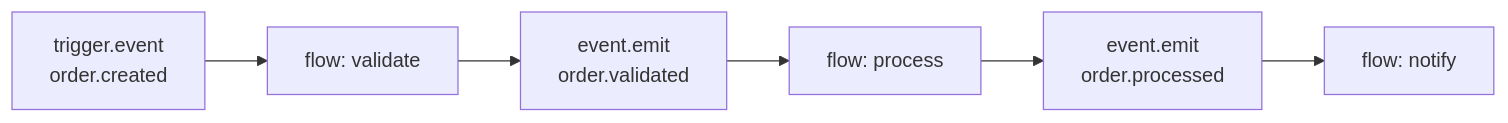
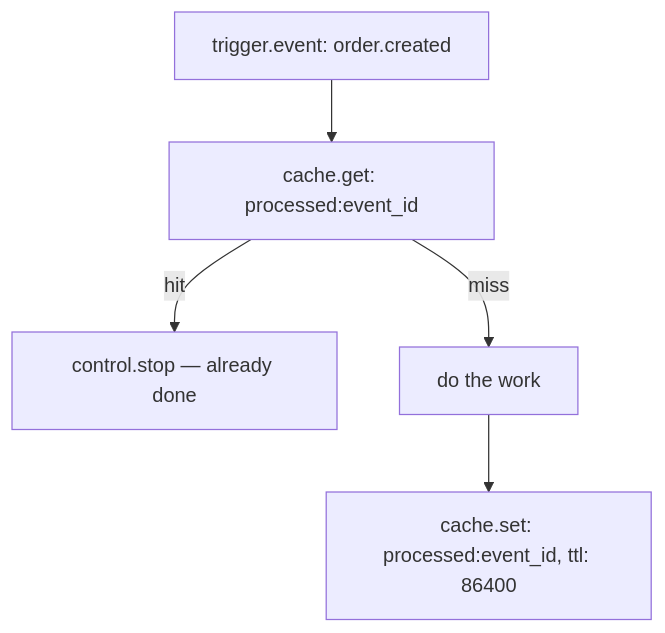
The second of 2 diagrams in apps/docs/events/overview.mdx (sillohq/pawabase), drawn with Mermaid before and after one commit. The commit also changed other lines of this file and 26 other files, not shown here.

````diff
--- a/apps/docs/events/overview.mdx
+++ b/apps/docs/events/overview.mdx
@@ -170,8 +165,7 @@
 ```mermaid
-flowchart LR
-    A["trigger.event<br/>order.created"] --> B["flow: validate"]
-    B --> C["event.emit<br/>order.validated"]
-    C --> D["flow: process"]
-    D --> E["event.emit<br/>order.processed"]
-    E --> F["flow: notify"]
+flowchart TB
+  trig["trigger.event: order.created"] --> check["cache.get: processed:event_id"]
+  check -->|hit| stop["control.stop — already done"]
+  check -->|miss| work["do the work"]
+  work --> mark["cache.set: processed:event_id, ttl: 86400"]
 ```
````
